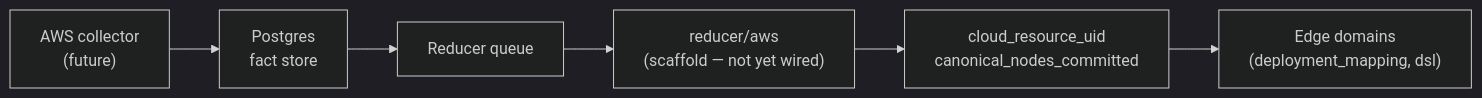
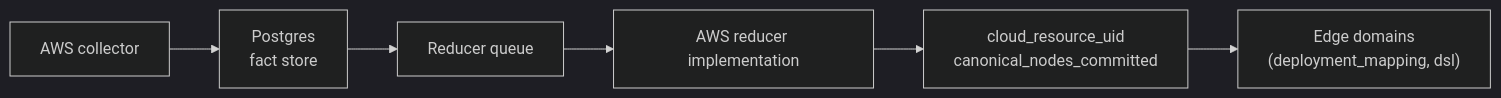
One commit to eshu-hq/eshu changed the diagram in go/internal/reducer/aws/README.md. Above: the diagram before and after it, drawn with Mermaid (dark theme). The commit also changed other lines of this file and 61 other files, not shown here.

````diff
--- a/go/internal/reducer/aws/README.md
+++ b/go/internal/reducer/aws/README.md
@@ -10,8 +10,8 @@
 ```mermaid
 flowchart LR
-  AWSCollector["AWS collector\n(future)"] --> FactStore["Postgres\nfact store"]
+  AWSCollector["AWS collector"] --> FactStore["Postgres\nfact store"]
   FactStore --> ReducerQ["Reducer queue"]
-  ReducerQ --> AWSReducer["reducer/aws\n(scaffold — not yet wired)"]
+  ReducerQ --> AWSReducer["AWS reducer implementation"]
   AWSReducer --> PhaseState["cloud_resource_uid\ncanonical_nodes_committed"]
   PhaseState --> DownstreamEdges["Edge domains\n(deployment_mapping, dsl)"]
 ```
````
